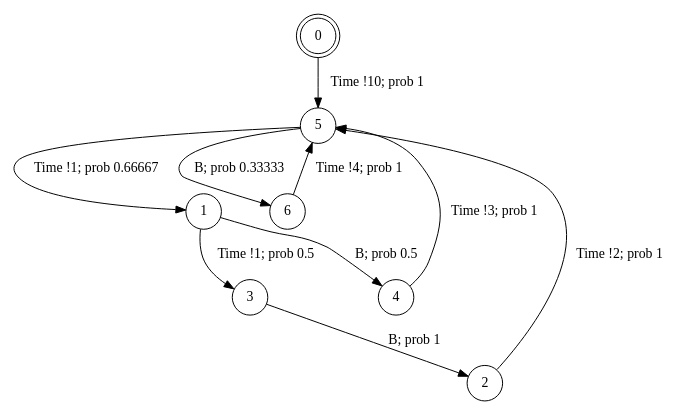
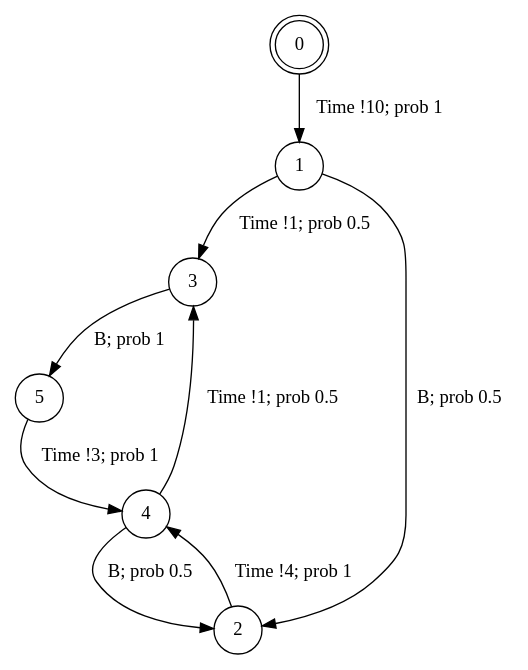
The diagram in experiments/example/simple-B-min-pts.dot (irmanfaqrizal/ptsv), drawn with Graphviz before and after one commit. The commit also changed 142 other files, not shown here.

```diff
--- a/experiments/example/simple-B-min-pts.dot
+++ b/experiments/example/simple-B-min-pts.dot
@@ -1,15 +1,14 @@
 digraph BCG {
 size = "7, 10.5";
 center = TRUE;
 node [shape = circle];
 0 [peripheries = 2];
-0 -> 5 [label = "Time !10; prob 1"];
-1 -> 4 [label = "B; prob 0.5"];
+0 -> 1 [label = "Time !10; prob 1"];
 1 -> 3 [label = "Time !1; prob 0.5"];
-2 -> 5 [label = "Time !2; prob 1"];
-3 -> 2 [label = "B; prob 1"];
-4 -> 5 [label = "Time !3; prob 1"];
-5 -> 1 [label = "Time !1; prob 0.66667"];
-5 -> 6 [label = "B; prob 0.33333"];
-6 -> 5 [label = "Time !4; prob 1"];
+1 -> 2 [label = "B; prob 0.5"];
+2 -> 4 [label = "Time !4; prob 1"];
+3 -> 5 [label = "B; prob 1"];
+4 -> 2 [label = "B; prob 0.5"];
+4 -> 3 [label = "Time !1; prob 0.5"];
+5 -> 4 [label = "Time !3; prob 1"];
 }
```
